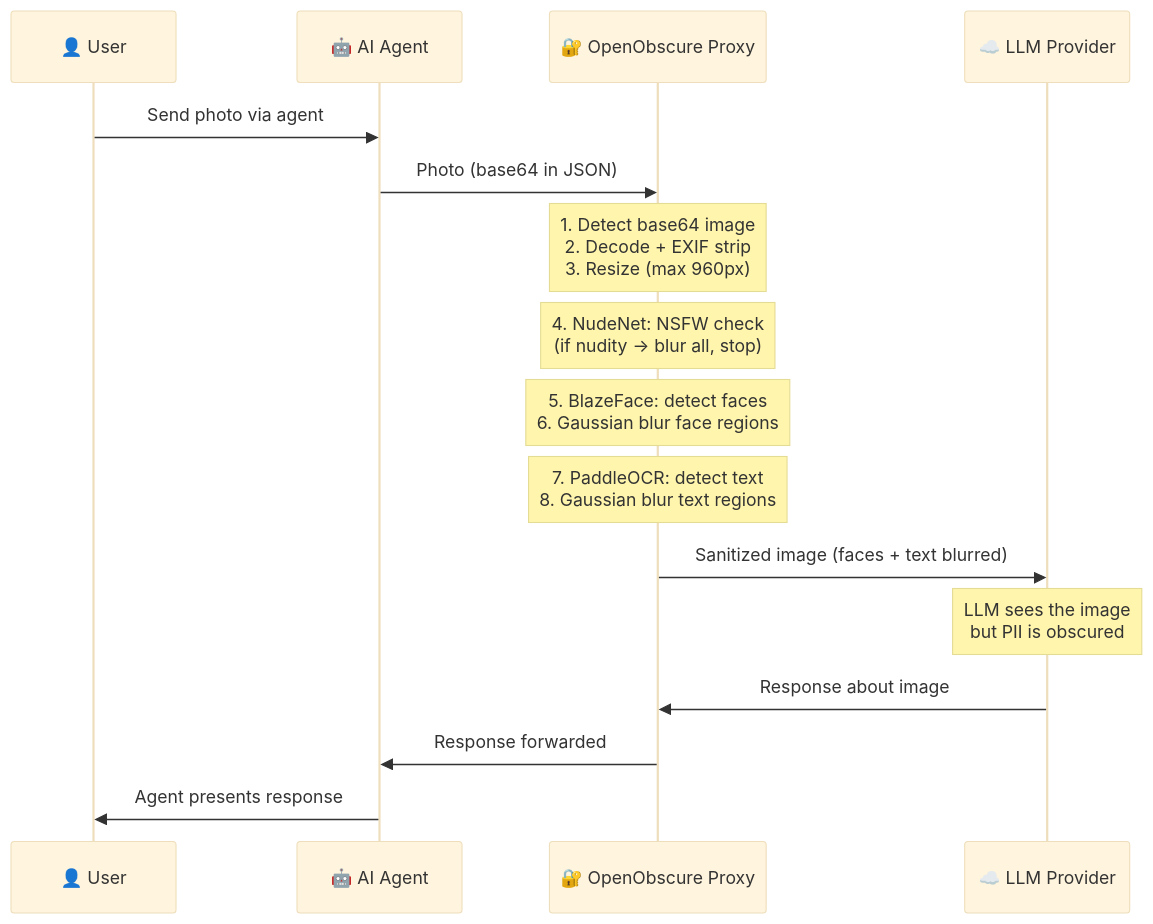
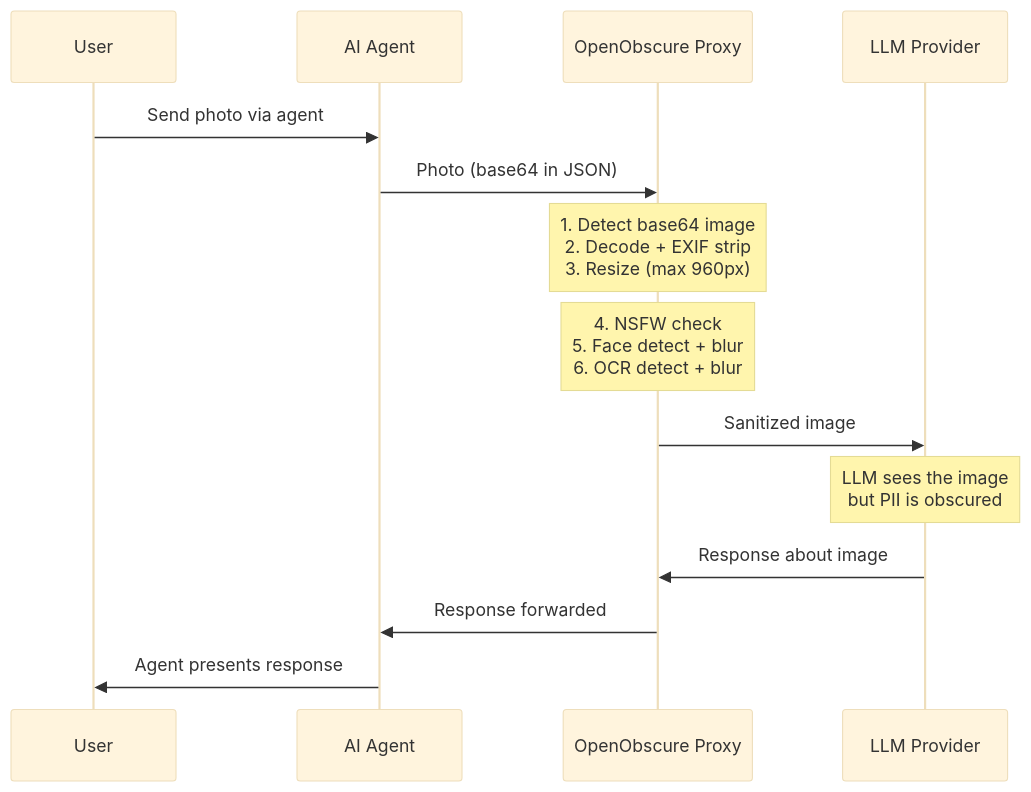
One commit to OpenObscure/OpenObscure changed the fifth of 5 diagrams in README.md. Above: the diagram before and after it, drawn with Mermaid (base theme). The commit also changed other lines of this file and 4 other files, not shown here.

First line of the commit message:
Convert all mermaid diagrams to grayscale and fix text/box overlaps

````diff
--- a/README.md
+++ b/README.md
@@ -341,19 +341,17 @@
 ```mermaid
 sequenceDiagram
-    participant U as 👤 User
-    participant A as 🤖 AI Agent
-    participant P as 🔐 OpenObscure Proxy
-    participant L as ☁️ LLM Provider
+    participant U as User
+    participant A as AI Agent
+    participant P as OpenObscure Proxy
+    participant L as LLM Provider
 
     U->>A: Send photo via agent
     A->>P: Photo (base64 in JSON)
     Note over P: 1. Detect base64 image<br/>2. Decode + EXIF strip<br/>3. Resize (max 960px)
-    Note over P: 4. NudeNet: NSFW check<br/>(if nudity → blur all, stop)
-    Note over P: 5. BlazeFace: detect faces<br/>6. Gaussian blur face regions
-    Note over P: 7. PaddleOCR: detect text<br/>8. Gaussian blur text regions
-    P->>L: Sanitized image (faces + text blurred)
+    Note over P: 4. NSFW check<br/>5. Face detect + blur<br/>6. OCR detect + blur
+    P->>L: Sanitized image
     Note over L: LLM sees the image<br/>but PII is obscured
     L->>P: Response about image
     P->>A: Response forwarded
     A->>U: Agent presents response
 ```
````
